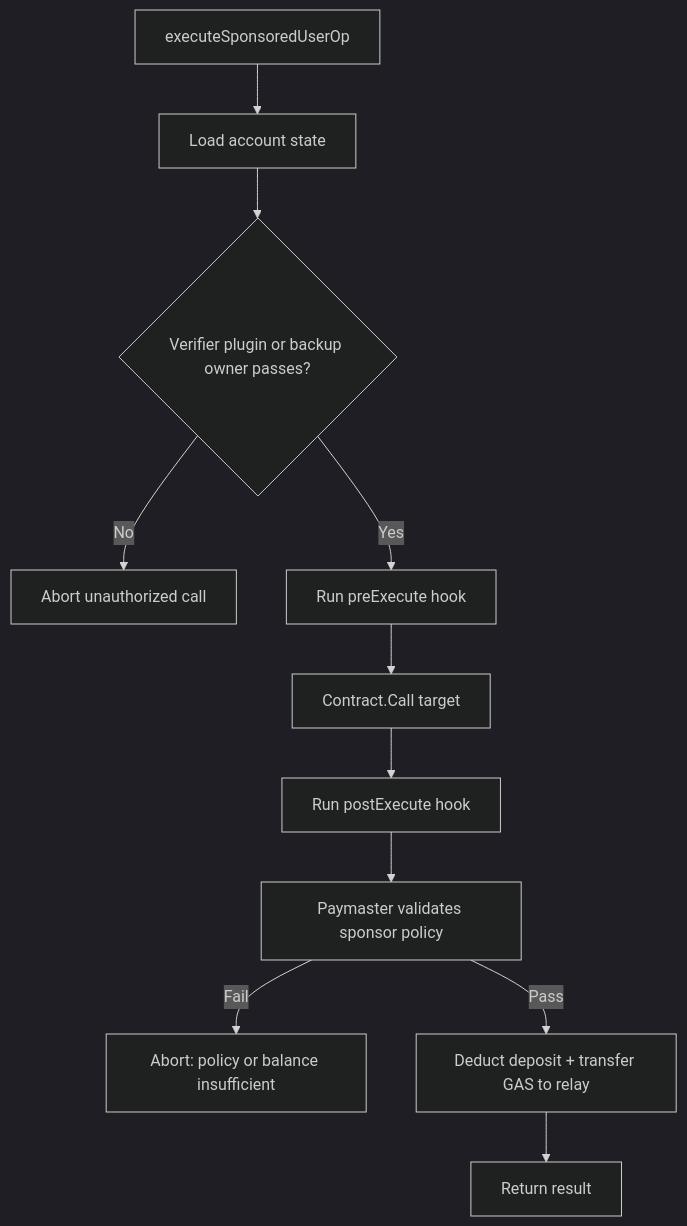
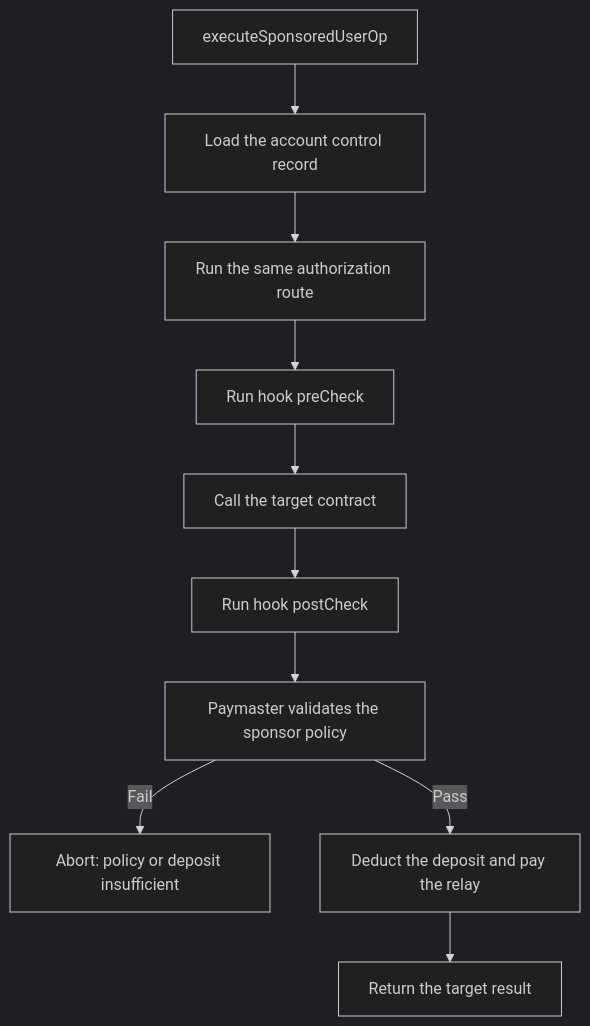
The fourth of 4 diagrams in frontend/src/assets/docs/architecture.md (r3e-network/neo-os-aa), drawn with Mermaid (dark theme) before and after one commit. The commit also changed other lines of this file and 425 other files, not shown here.

````diff
--- a/frontend/src/assets/docs/architecture.md
+++ b/frontend/src/assets/docs/architecture.md
@@ -86,13 +125,12 @@
 ```mermaid
 flowchart TD
-  Entry[executeSponsoredUserOp] --> Load[Load account state]
-  Load --> Auth{Verifier plugin or backup owner passes?}
-  Auth -- No --> Reject[Abort unauthorized call]
-  Auth -- Yes --> Pre[Run preExecute hook]
-  Pre --> Call[Contract.Call target]
-  Call --> Post[Run postExecute hook]
-  Post --> Policy[Paymaster validates sponsor policy]
-  Policy -- Fail --> RejectPay[Abort: policy or balance insufficient]
-  Policy -- Pass --> Settle[Deduct deposit + transfer GAS to relay]
-  Settle --> Return[Return result]
+  Entry[executeSponsoredUserOp] --> Load[Load the account control record]
+  Load --> Auth[Run the same authorization route]
+  Auth --> Hooks[Run hook preCheck]
+  Hooks --> Call[Call the target contract]
+  Call --> Post[Run hook postCheck]
+  Post --> Policy[Paymaster validates the sponsor policy]
+  Policy -- Fail --> RejectPay[Abort: policy or deposit insufficient]
+  Policy -- Pass --> Settle[Deduct the deposit and pay the relay]
+  Settle --> Return[Return the target result]
 ```
````
